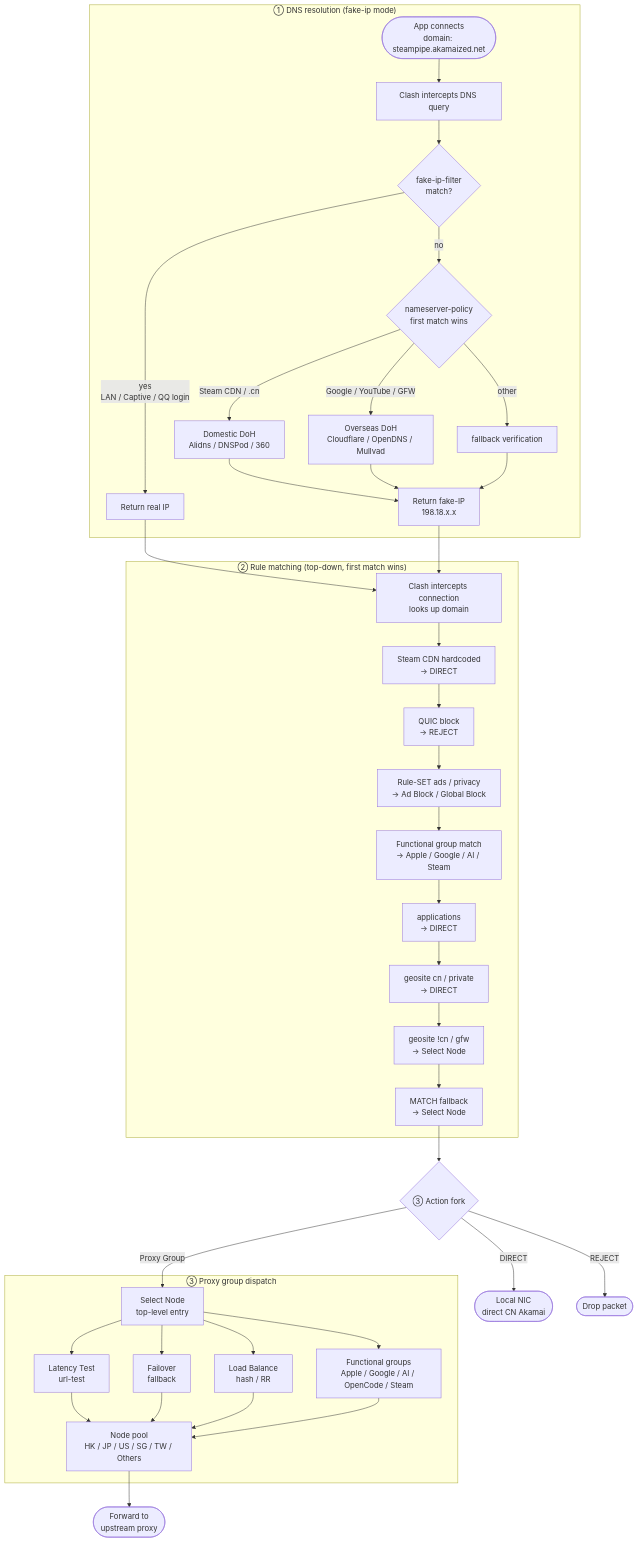
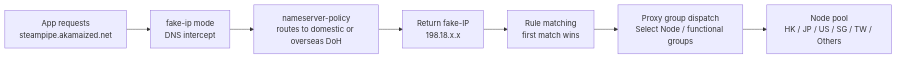
The diagram in README_EN.md (mowangmowang/clash-rule-scripts), drawn with Mermaid before and after one commit. The commit also changed other lines of this file and 1 other file, not shown here.

Commit message:
docs: simplify mermaid flow diagram to linear pipeline for better browser compatibility
Replaced the complex 25-node branched mermaid diagram with a 7-node linear LR flowchart (flowchart LR).

Expanded the key-points table from 5 to 7 rows to cover branching details removed from the diagram.

Synced both README.md and README_EN.md.

````diff
--- a/README_EN.md
+++ b/README_EN.md
@@ -126,48 +126,9 @@
 ```mermaid
-flowchart TD
-    Start([App connects<br/>domain: steampipe.akamaized.net])
-
-    subgraph STAGE1["① DNS resolution (fake-ip mode)"]
-        Start --> Q1[Clash intercepts DNS query]
-        Q1 --> Q2{fake-ip-filter<br/>match?}
-        Q2 -->|yes<br/>LAN / Captive / QQ login| Q3[Return real IP]
-        Q2 -->|no| Q4{nameserver-policy<br/>first match wins}
-        Q4 -->|Steam CDN / .cn| Q5[Domestic DoH<br/>Alidns / DNSPod / 360]
-        Q4 -->|Google / YouTube / GFW| Q6[Overseas DoH<br/>Cloudflare / OpenDNS / Mullvad]
-        Q4 -->|other| Q7[fallback verification]
-        Q5 --> Q8[Return fake-IP<br/>198.18.x.x]
-        Q6 --> Q8
-        Q7 --> Q8
-    end
-
-    subgraph STAGE2["② Rule matching (top-down, first match wins)"]
-        Q3 --> R0[Clash intercepts connection<br/>looks up domain]
-        Q8 --> R0
-        R0 --> R1[Steam CDN hardcoded<br/>→ DIRECT]
-        R1 --> R2[QUIC block<br/>→ REJECT]
-        R2 --> R3[Rule-SET ads / privacy<br/>→ Ad Block / Global Block]
-        R3 --> R4[Functional group match<br/>→ Apple / Google / AI / Steam]
-        R4 --> R5[applications<br/>→ DIRECT]
-        R5 --> R6[geosite cn / private<br/>→ DIRECT]
-        R6 --> R7[geosite !cn / gfw<br/>→ Select Node]
-        R7 --> R8[MATCH fallback<br/>→ Select Node]
-    end
-
-    R8 --> ACT{③ Action fork}
-    ACT -->|DIRECT| END1([Local NIC<br/>direct CN Akamai])
-    ACT -->|REJECT| END2([Drop packet])
-    ACT -->|Proxy Group| GRP
-
-    subgraph STAGE3["③ Proxy group dispatch"]
-        GRP[Select Node<br/>top-level entry] --> G2[Latency Test<br/>url-test]
-        GRP --> G3[Failover<br/>fallback]
-        GRP --> G4[Load Balance<br/>hash / RR]
-        GRP --> G5[Functional groups<br/>Apple / Google / AI / OpenCode / Steam]
-        G2 --> POOL[Node pool<br/>HK / JP / US / SG / TW / Others]
-        G3 --> POOL
-        G4 --> POOL
-        G5 --> POOL
-    end
-
-    POOL --> END3([Forward to<br/>upstream proxy])
+flowchart LR
+    A[App requests<br/>steampipe.akamaized.net] --> B[fake-ip mode<br/>DNS intercept]
+    B --> C[nameserver-policy<br/>routes to domestic or overseas DoH]
+    C --> D[Return fake-IP<br/>198.18.x.x]
+    D --> E[Rule matching<br/>first match wins]
+    E --> F[Proxy group dispatch<br/>Select Node / functional groups]
+    F --> G[Node pool<br/>HK / JP / US / SG / TW / Others]
 ```
````
